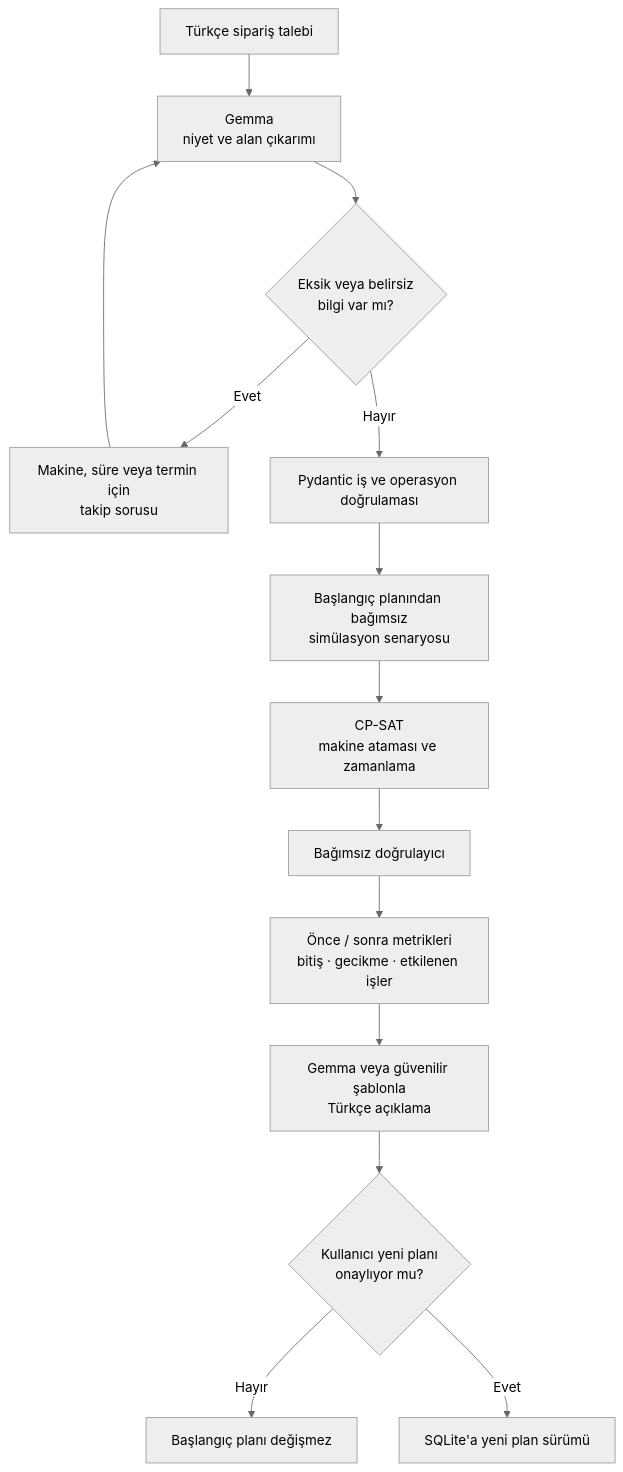
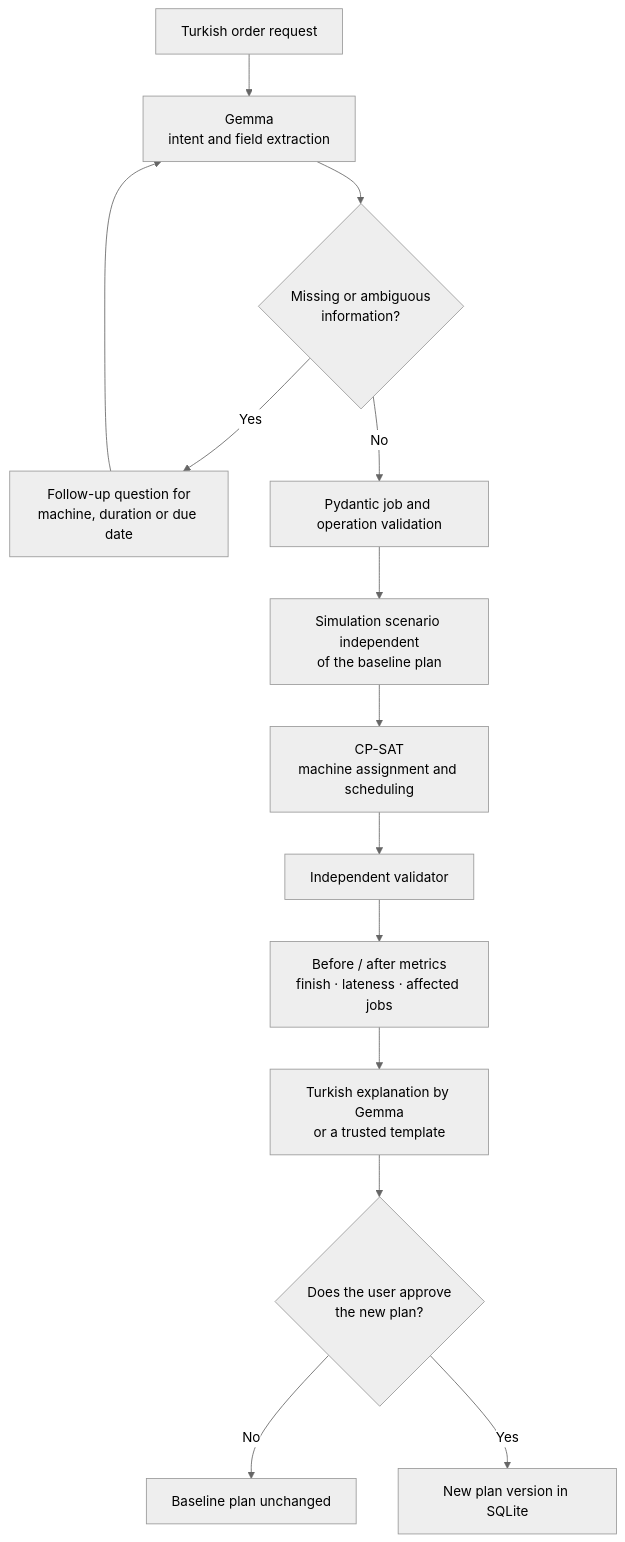
One commit to atakhanyilmaz/PickWise changed the first of 5 diagrams in README.md. Above: the diagram before and after it, drawn with Mermaid (neutral theme). The commit also changed other lines of this file, not shown here.

````diff
--- a/README.md
+++ b/README.md
@@ -35,16 +35,16 @@
 ```mermaid
 flowchart TD
-    R["Türkçe sipariş talebi"] --> G["Gemma<br/>niyet ve alan çıkarımı"]
-    G --> Q{"Eksik veya belirsiz<br/>bilgi var mı?"}
-    Q -->|"Evet"| F["Makine, süre veya termin için<br/>takip sorusu"]
+    R["Turkish order request"] --> G["Gemma<br/>intent and field extraction"]
+    G --> Q{"Missing or ambiguous<br/>information?"}
+    Q -->|"Yes"| F["Follow-up question for<br/>machine, duration or due date"]
     F --> G
-    Q -->|"Hayır"| P["Pydantic iş ve operasyon doğrulaması"]
-    P --> T["Başlangıç planından bağımsız<br/>simülasyon senaryosu"]
-    T --> C["CP-SAT<br/>makine ataması ve zamanlama"]
-    C --> V["Bağımsız doğrulayıcı"]
-    V --> M["Önce / sonra metrikleri<br/>bitiş · gecikme · etkilenen işler"]
-    M --> E["Gemma veya güvenilir şablonla<br/>Türkçe açıklama"]
-    E --> A{"Kullanıcı yeni planı<br/>onaylıyor mu?"}
-    A -->|"Hayır"| N["Başlangıç planı değişmez"]
-    A -->|"Evet"| DB["SQLite'a yeni plan sürümü"]
+    Q -->|"No"| P["Pydantic job and operation validation"]
+    P --> T["Simulation scenario independent<br/>of the baseline plan"]
+    T --> C["CP-SAT<br/>machine assignment and scheduling"]
+    C --> V["Independent validator"]
+    V --> M["Before / after metrics<br/>finish · lateness · affected jobs"]
+    M --> E["Turkish explanation by Gemma<br/>or a trusted template"]
+    E --> A{"Does the user approve<br/>the new plan?"}
+    A -->|"No"| N["Baseline plan unchanged"]
+    A -->|"Yes"| DB["New plan version in SQLite"]
 ```
````
